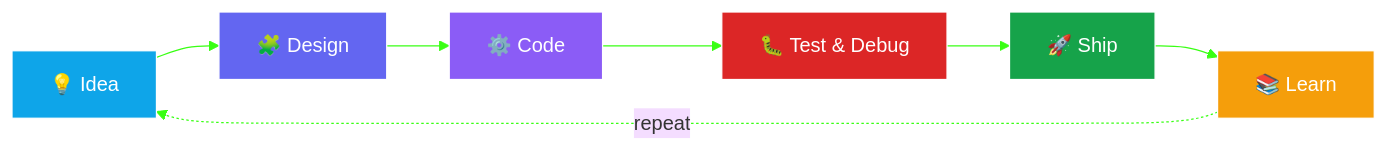
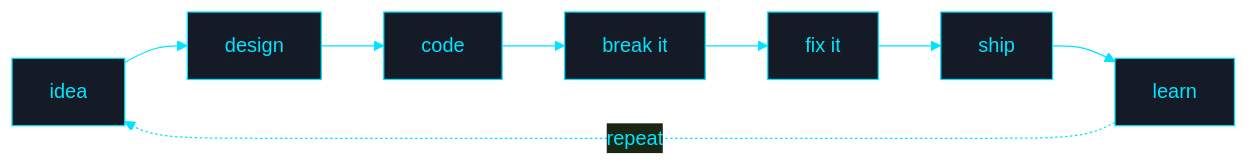
The diagram in README.md (Sumit200531/Sumit200531), drawn with Mermaid before and after one commit. The commit also changed other lines of this file, not shown here.

````diff
--- a/README.md
+++ b/README.md
@@ -175,13 +182,6 @@
 ```mermaid
-%%{init: {'theme': 'base', 'themeVariables': {'lineColor': '#39ff14', 'fontFamily': 'monospace'}}}%%
+%%{init: {'theme': 'base', 'themeVariables': {'primaryColor': '#141a26', 'primaryTextColor': '#00E5FF', 'primaryBorderColor': '#00E5FF', 'lineColor': '#00E5FF', 'fontFamily': 'monospace'}}}%%
 flowchart LR
-    I["💡 Idea"] --> D["🧩 Design"] --> C["⚙️ Code"] --> T["🐛 Test & Debug"] --> S["🚀 Ship"] --> L["📚 Learn"]
+    I[idea] --> D[design] --> C[code] --> T[break it] --> F[fix it] --> S[ship] --> L[learn]
     L -. repeat .-> I
-
-    style I fill:#0ea5e9,stroke:#ffffff,color:#ffffff
-    style D fill:#6366f1,stroke:#ffffff,color:#ffffff
-    style C fill:#8b5cf6,stroke:#ffffff,color:#ffffff
-    style T fill:#dc2626,stroke:#ffffff,color:#ffffff
-    style S fill:#16a34a,stroke:#ffffff,color:#ffffff
-    style L fill:#f59e0b,stroke:#ffffff,color:#ffffff
 ```
````
